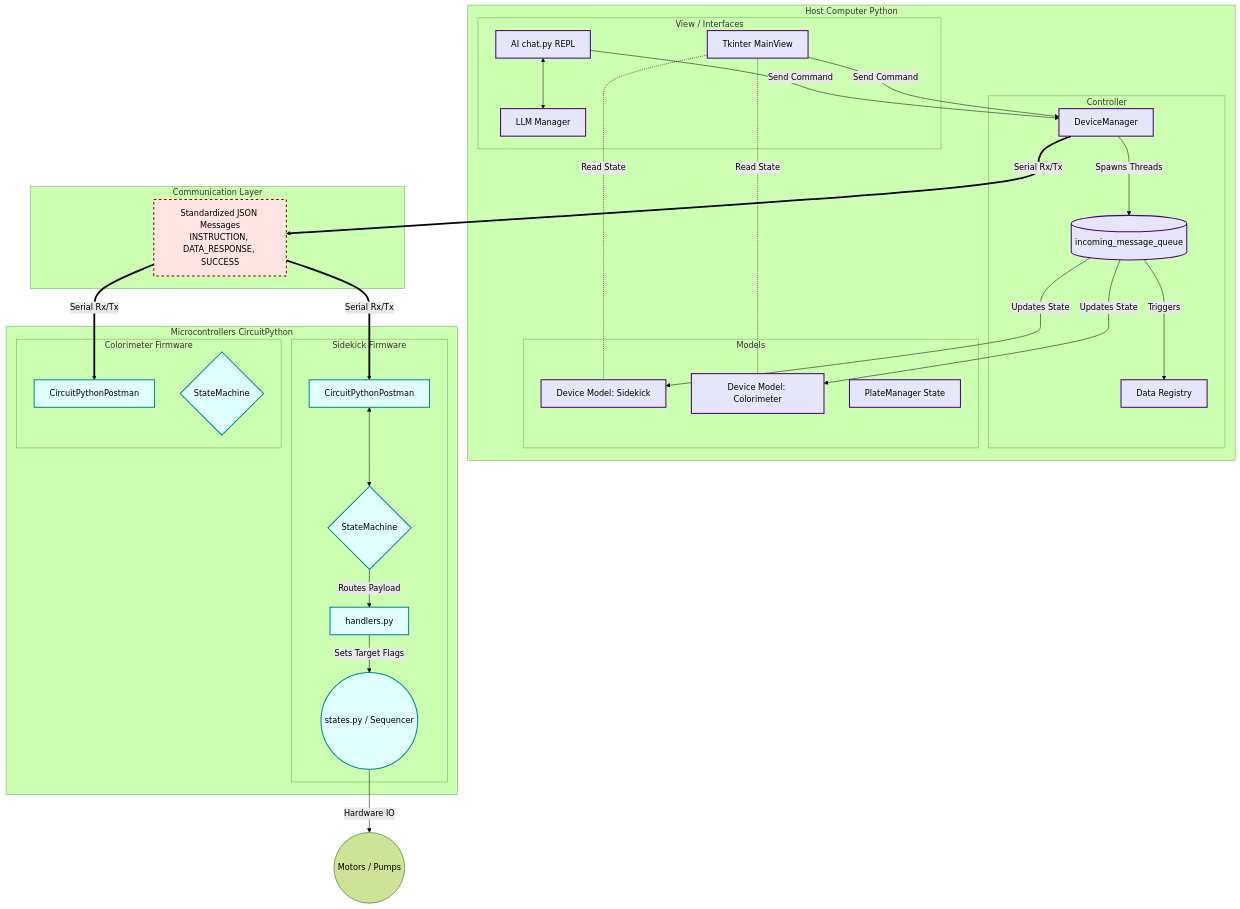
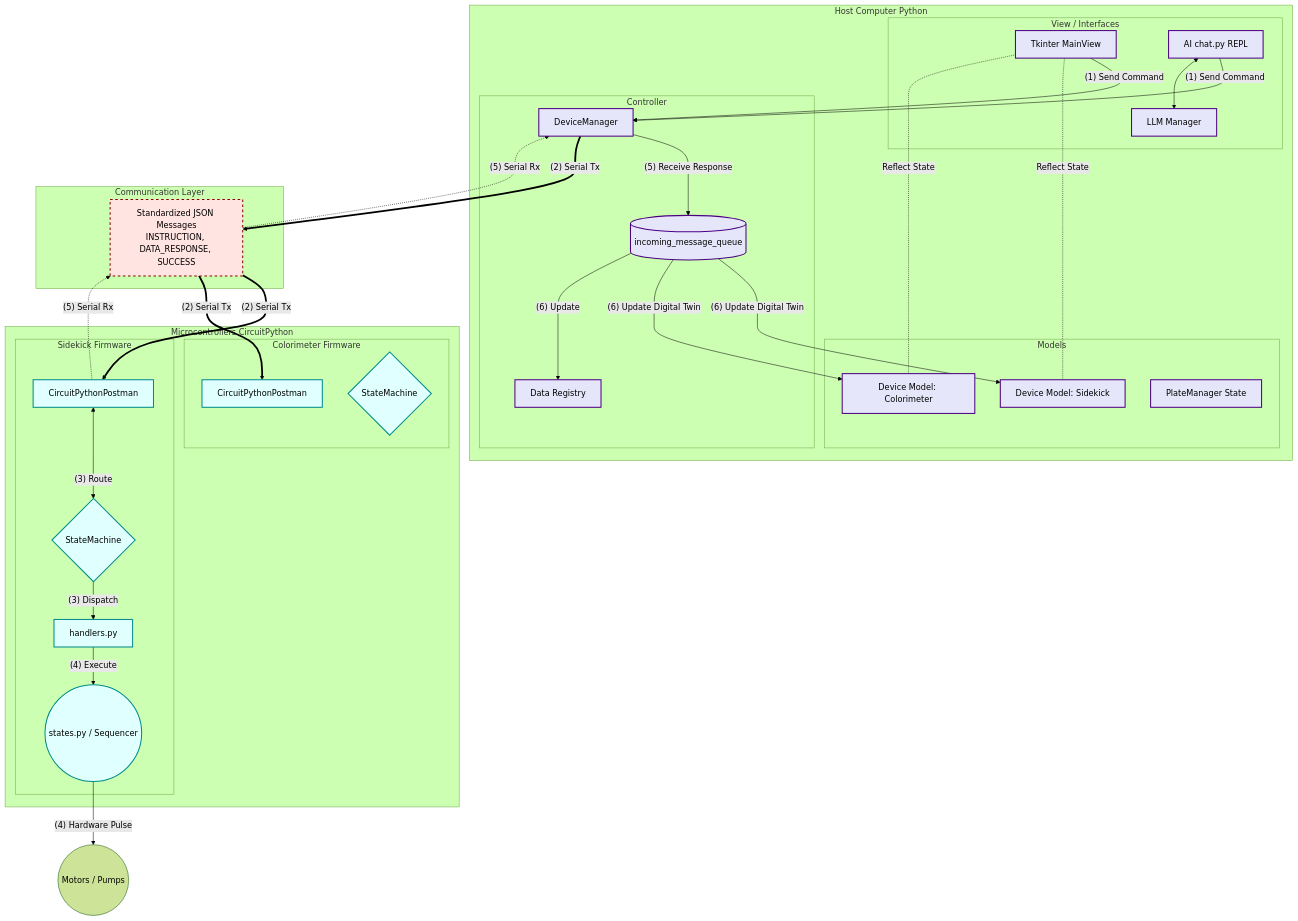
The second of 2 diagrams in docs/architecture.md (bobthechemist/talos-sdl), drawn with Mermaid (forest theme) before and after one commit. The commit also changed other lines of this file, not shown here.

Commit message:
docs(cleanup): refine architecture diagrams

````diff
--- a/docs/architecture.md
+++ b/docs/architecture.md
@@ -3,68 +54,72 @@
 ```mermaid
 flowchart TB
     %% Host Side
     subgraph Host_Computer [Host Computer Python]
         subgraph View [View / Interfaces]
             GUI[Tkinter MainView]
             REPL[AI chat.py REPL]
             AI_Agent[LLM Manager]
         end
 
         subgraph Controller [Controller]
             DM[DeviceManager]
             Queue[(incoming_message_queue)]
             Registry[Data Registry]
         end
 
         subgraph Model [Models]
             Dev1[Device Model: Sidekick]
             Dev2[Device Model: Colorimeter]
             Plate[PlateManager State]
         end
 
-        GUI & REPL -->|Send Command| DM
+        GUI & REPL -->|"(1) Send Command"| DM
         REPL <--> AI_Agent
-        DM -->|Spawns Threads| Queue
-        Queue -->|Updates State| Dev1 & Dev2
-        Queue -->|Triggers| Registry
-        Dev1 & Dev2 -. "Read State" .- GUI
+        DM -->|"(5) Receive Response"| Queue
+        Queue -->|"(6) Update Digital Twin"| Dev1 & Dev2
+        Queue -->|"(6) Update"| Registry
+        Dev1 & Dev2 -. "Reflect State" .- GUI
     end
 
     %% The Bridge
     subgraph Comms [Communication Layer]
         JSON[Standardized JSON Messages<br/>INSTRUCTION, DATA_RESPONSE, SUCCESS]
     end
 
     %% Device Side
     subgraph Microcontrollers [Microcontrollers CircuitPython]
         subgraph FW1 [Sidekick Firmware]
             CP1[CircuitPythonPostman]
             SM1{StateMachine}
             Handlers1[handlers.py]
             States1((states.py / Sequencer))
         end
         
         subgraph FW2 [Colorimeter Firmware]
             CP2[CircuitPythonPostman]
             SM2{StateMachine}
         end
     end
 
     %% Connections
-    DM == "Serial Rx/Tx" ==> JSON
-    JSON == "Serial Rx/Tx" ==> CP1 & CP2
+    DM == "(2) Serial Tx" ==> JSON
+    JSON == "(2) Serial Tx" ==> CP1 & CP2
     
-    CP1 <--> SM1
-    SM1 -->|Routes Payload| Handlers1
-    Handlers1 -->|Sets Target Flags| States1
-    States1 -->|Hardware IO| Hardware1((Motors / Pumps))
+    CP1 <-->|"(3) Route"| SM1
+    SM1 -->|"(3) Dispatch"| Handlers1
+    Handlers1 -->|"(4) Execute"| States1
+    States1 -->|"(4) Hardware Pulse"| Hardware1((Motors / Pumps))
+
+    %% Return Path
+    CP1 -.->|"(5) Serial Rx"| JSON
+    JSON -.->|"(5) Serial Rx"| DM
     
     %% Styling
     classDef mvc fill:#e6e6fa,stroke:#4b0082,stroke-width:2px;
     classDef comms fill:#ffe4e1,stroke:#8b0000,stroke-width:2px,stroke-dasharray: 5 5;
     classDef fw fill:#e0ffff,stroke:#008b8b,stroke-width:2px;
     
     class GUI,REPL,AI_Agent,DM,Queue,Registry,Dev1,Dev2,Plate mvc;
     class JSON comms;
     class CP1,SM1,Handlers1,States1,CP2,SM2 fw;
 ```
````
